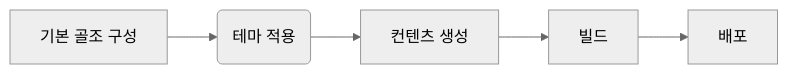
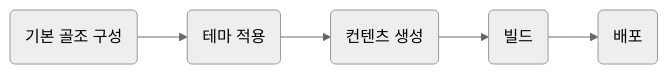
One commit to MintZzz1009/blog changed the diagram in content/posts/hugo-blog/index.md. Above: the diagram before and after it, drawn with Mermaid (neutral theme). The commit also changed other lines of this file and 8 other files, not shown here.

```diff
--- a/content/posts/hugo-blog/index.md
+++ b/content/posts/hugo-blog/index.md
@@ -87,7 +95,7 @@
 {{< mermaid >}}
 graph LR;
-    A[기본 골조 구성] --> B(테마 적용)
-    B --> C[컨텐츠 생성]
-    C --> D[빌드]
-    D --> E[배포]
+    A(기본 골조 구성) --> B(테마 적용)
+    B --> C(컨텐츠 생성)
+    C --> D(빌드)
+    D --> E(배포)
 {{< /mermaid >}}
```
